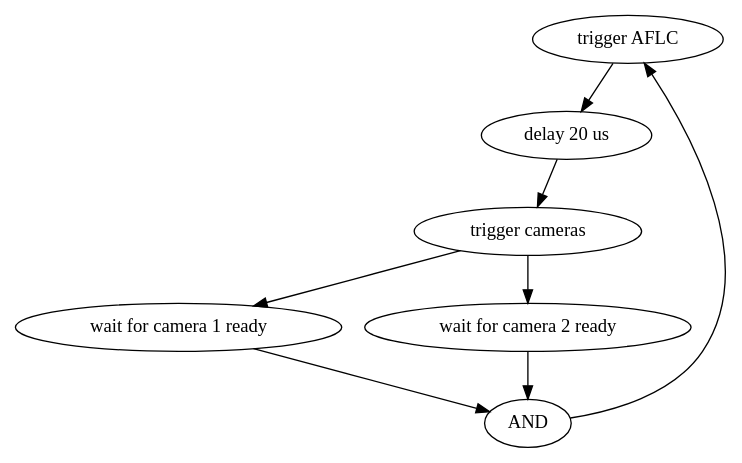
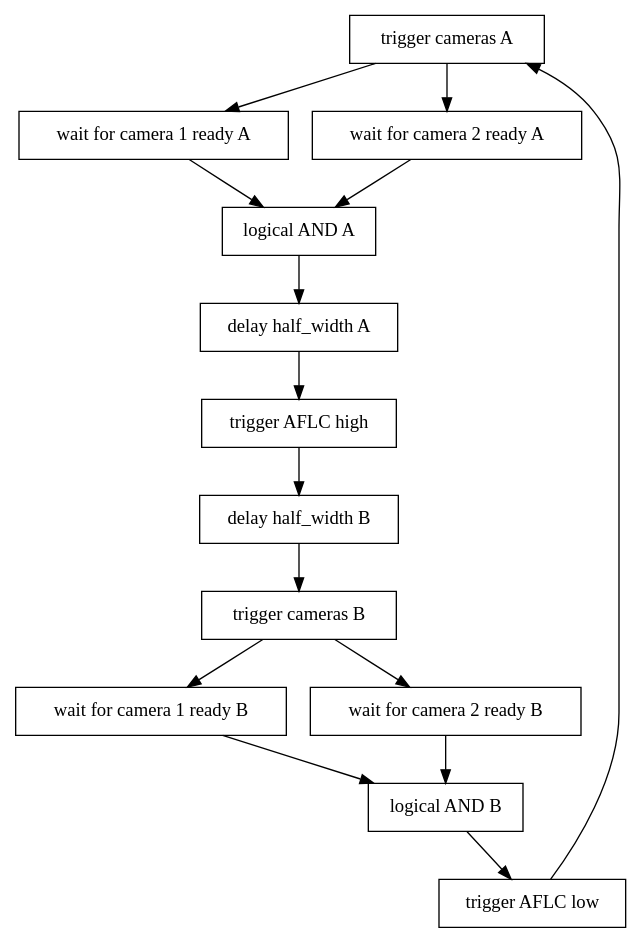
Before and after one commit to scexao-org/vampires_control: the second of 2 diagrams in docs/operating/cameras.md, drawn with Graphviz. The commit also changed other lines of this file and 34 other files, not shown here.

````diff
--- a/docs/operating/cameras.md
+++ b/docs/operating/cameras.md
@@ -117,12 +157,20 @@
 ```{graphviz}
 digraph {
-    "trigger AFLC" -> 
-    "delay 20 us" ->
-    "trigger cameras" -> {
-        "wait for camera 1 ready";
-        "wait for camera 2 ready";
-    } -> 
-    "AND" ->
-    "trigger AFLC";
+    node [shape=box]
+    "trigger cameras A" -> {
+        "wait for camera 1 ready A";
+        "wait for camera 2 ready A";
+    } ->
+    "logical AND A" ->
+    "delay half_width A" ->
+    "trigger AFLC high" ->
+    "delay half_width B" ->
+    "trigger cameras B" -> {
+        "wait for camera 1 ready B";
+        "wait for camera 2 ready B";
+    } ->
+    "logical AND B" ->
+    "trigger AFLC low" ->
+    "trigger cameras A";
 }
 ```
````
